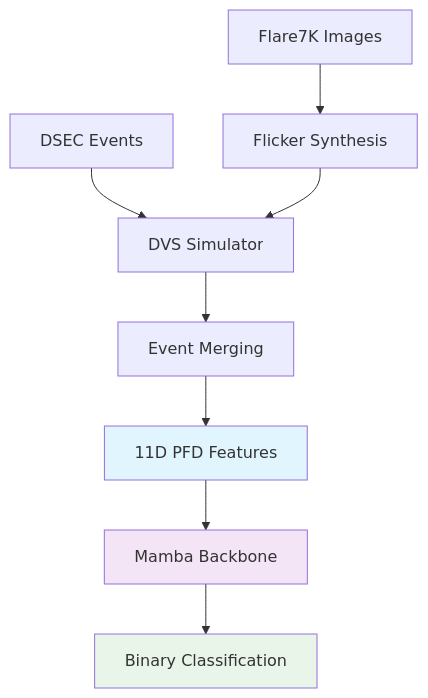
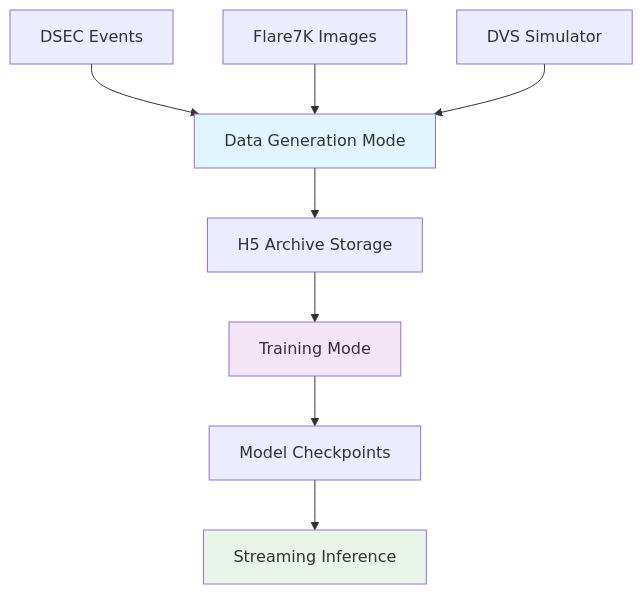
One commit to lanpokn/EDFFM changed the diagram in readme.md. Above: the diagram before and after it, drawn with Mermaid. The commit also changed other lines of this file, not shown here.

````diff
--- a/readme.md
+++ b/readme.md
@@ -86,14 +25,15 @@
 ```mermaid
 graph TB
-    A[DSEC Events] --> B[DVS Simulator]
-    C[Flare7K Images] --> D[Flicker Synthesis]
-    D --> B
-    B --> E[Event Merging]
-    E --> F[11D PFD Features]
-    F --> G[Mamba Backbone]
-    G --> H[Binary Classification]
+    A[Data Generation Mode] --> B[H5 Archive Storage]
+    B --> C[Training Mode]
+    C --> D[Model Checkpoints]
+    D --> E[Streaming Inference]
     
-    style F fill:#e1f5fe
-    style G fill:#f3e5f5
-    style H fill:#e8f5e8
+    F[DSEC Events] --> A
+    G[Flare7K Images] --> A
+    H[DVS Simulator] --> A
+    
+    style A fill:#e1f5fe
+    style C fill:#f3e5f5
+    style E fill:#e8f5e8
 ```
````
